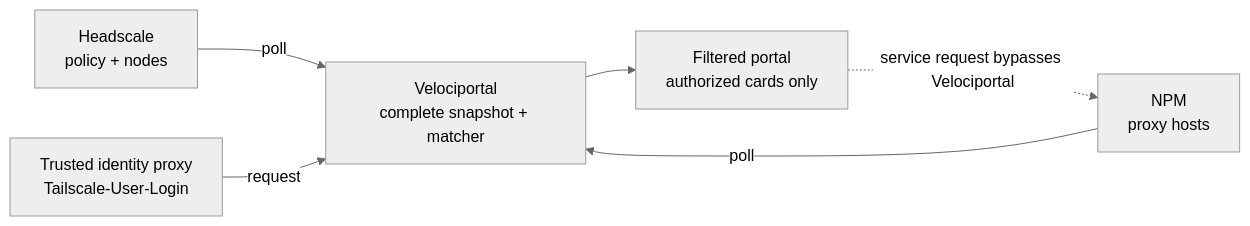
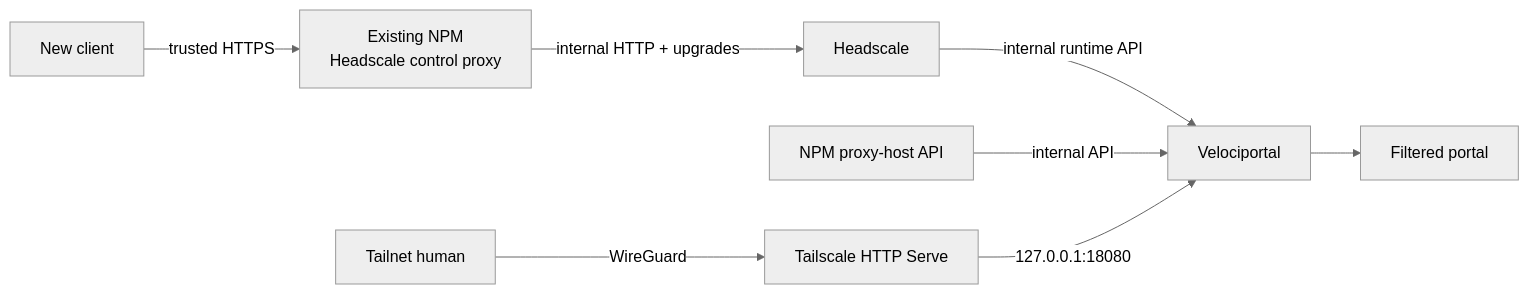
The diagram in docs/index.md (cybersader/velociportal), drawn with Mermaid (neutral theme) before and after one commit. The commit also changed other lines of this file and 51 other files, not shown here.

Commit message:
Implement tailnet-native private transport architecture

````diff
--- a/docs/index.md
+++ b/docs/index.md
@@ -65,17 +35,10 @@
 ```mermaid
 flowchart LR
-    accTitle: Velociportal data and request flow
-    accDescr: Headscale policy and nodes plus NPM proxy hosts build a complete in-memory snapshot. A trusted identity proxy supplies the user login. Velociportal matches the user to visible services and returns a filtered portal. Service traffic then goes to NPM, not through Velociportal.
-
-    HS["Headscale<br/>policy + nodes"] -->|poll| VP["Velociportal<br/>complete snapshot + matcher"]
-    NPM["NPM<br/>proxy hosts"] -->|poll| VP
-    Proxy["Trusted identity proxy<br/>Tailscale-User-Login"] -->|request| VP
-    VP --> Portal["Filtered portal<br/>authorized cards only"]
-    Portal -. "service request bypasses Velociportal" .-> NPM
-
-    class HS control
-    class NPM service
-    class Proxy identity
-    class VP core
-    class Portal output
+    Client["New client"] -->|"trusted HTTPS"| NPMControl["Existing NPM<br/>Headscale control proxy"]
+    NPMControl -->|"internal HTTP + upgrades"| HS["Headscale"]
+    HS -->|"internal runtime API"| VP["Velociportal"]
+    NPM["NPM proxy-host API"] -->|"internal API"| VP
+    Human["Tailnet human"] -->|"WireGuard"| Serve["Tailscale HTTP Serve"]
+    Serve -->|"127.0.0.1:18080"| VP
+    VP --> Portal["Filtered portal"]
 ```
````
